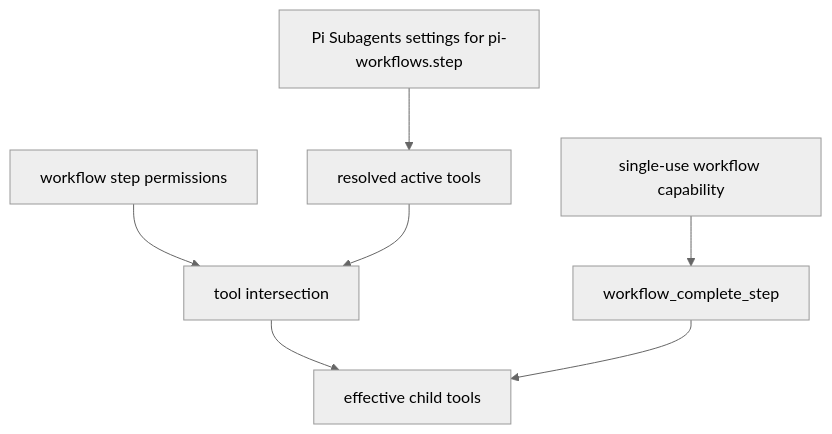
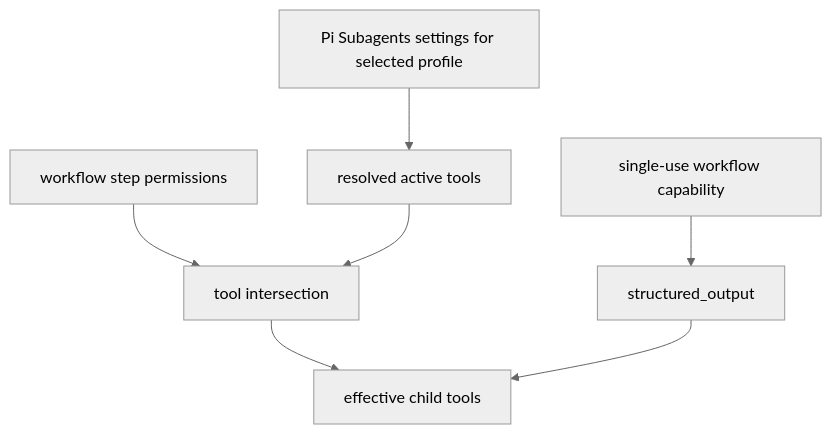
Before and after one commit to wichayutdew/pi-workflows: the sixth of 6 diagrams in openwiki/integrations/subagents.md, drawn with Mermaid (neutral theme). The commit also changed other lines of this file and 42 other files, not shown here.

````diff
--- a/openwiki/integrations/subagents.md
+++ b/openwiki/integrations/subagents.md
@@ -145,9 +159,9 @@
 ```mermaid
 flowchart TD
-  Settings[Pi Subagents settings for pi-workflows.step] --> Runtime[resolved active tools]
+  Settings[Pi Subagents settings for selected profile] --> Runtime[resolved active tools]
   Workflow[workflow step permissions] --> Intersection[tool intersection]
   Runtime --> Intersection
-  Capability[single-use workflow capability] --> Completion[workflow_complete_step]
+  Capability[single-use workflow capability] --> Completion[structured_output]
   Intersection --> Effective[effective child tools]
   Completion --> Effective
 ```
````
